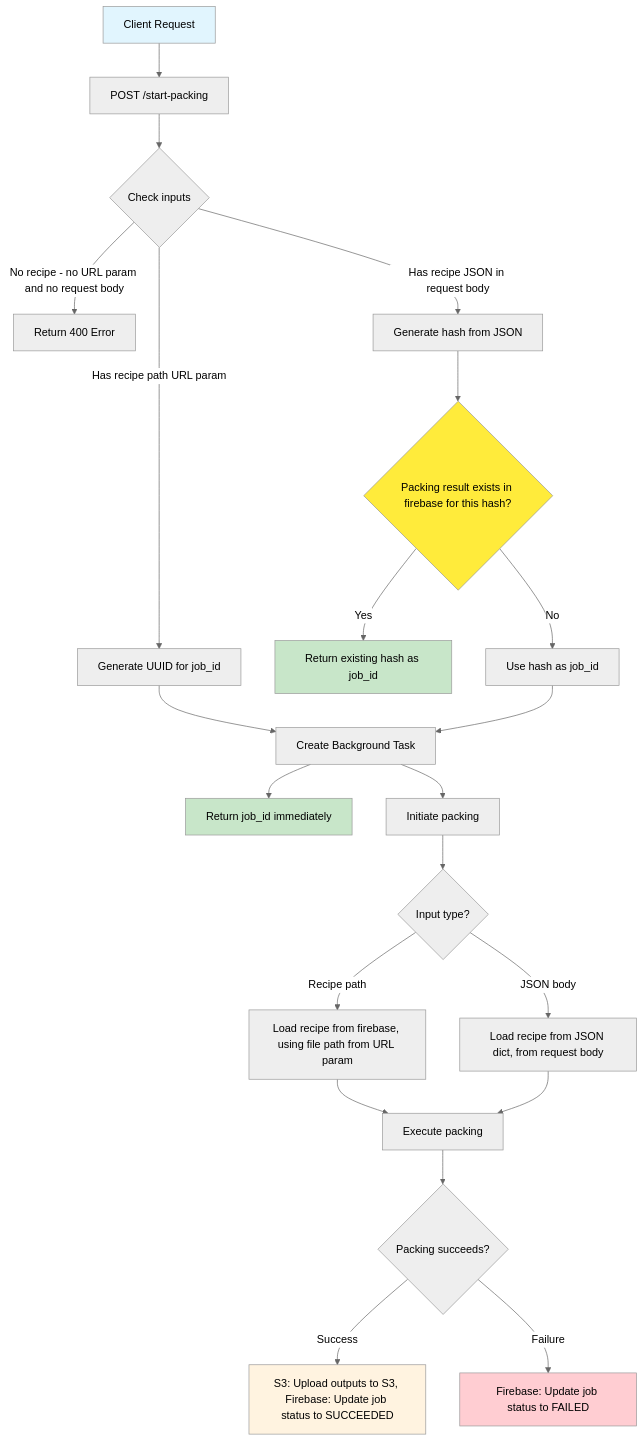
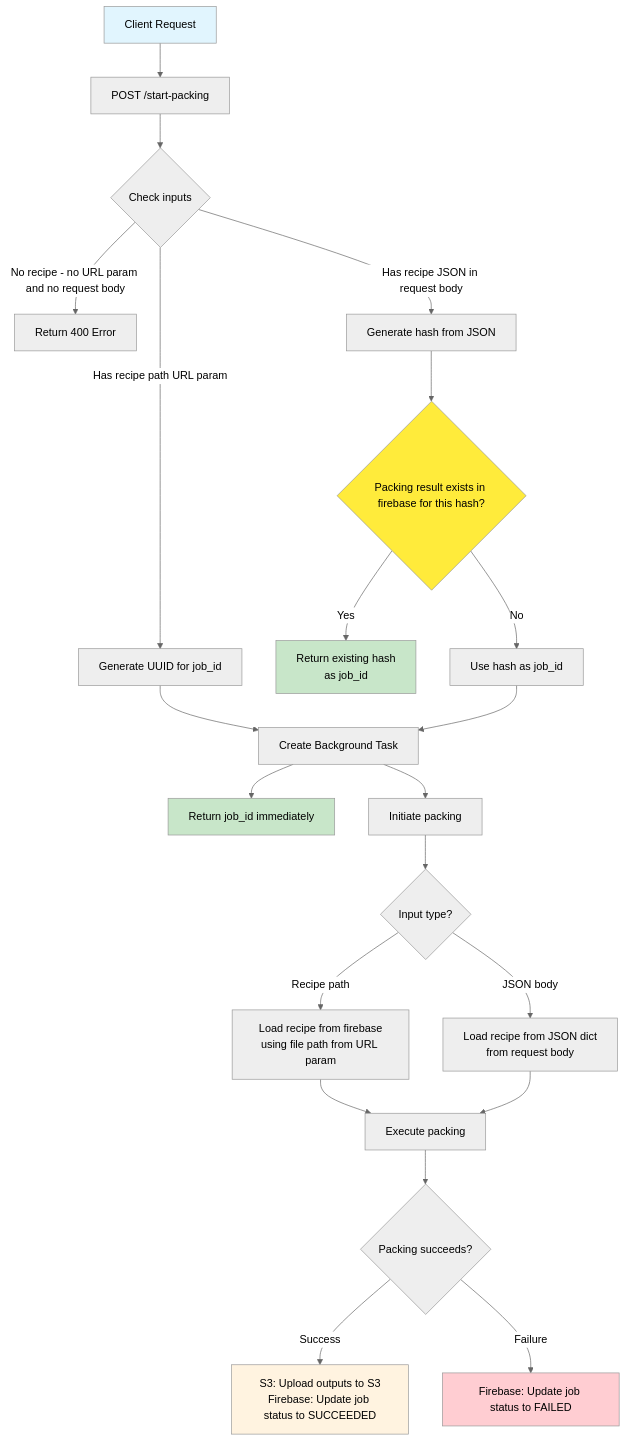
Before and after one commit to mesoscope/cellpack: the second of 2 diagrams in server_workflow_diagram.md, drawn with Mermaid (neutral theme). The commit also changed other lines of this file, not shown here.

Commit message:
add break lines

````diff
--- a/server_workflow_diagram.md
+++ b/server_workflow_diagram.md
@@ -30,30 +30,30 @@
 ```mermaid
 graph TD
     A[Client Request] --> B[POST /start-packing]
     B --> C{Check inputs}
     C -->|No recipe - no URL param and no request body| D[Return 400 Error]
     C -->|Has recipe path URL param| E[Generate UUID for job_id]
     C -->|Has recipe JSON in request body| F[Generate hash from JSON]
     F --> G{Packing result exists in firebase for this hash?}
-    G -->|Yes| H[Return existing hash as job_id]
+    G -->|Yes| H[Return existing hash<br>as job_id]
     G -->|No| I[Use hash as job_id]
     E --> J[Create Background Task]
     I --> J
     J --> K[Return job_id immediately]
     J --> L[Initiate packing]
     L --> M{Input type?}
-    M -->|Recipe path| N[Load recipe from firebase, using file path from URL param]
-    M -->|JSON body| O[Load recipe from JSON dict, from request body]
+    M -->|Recipe path| N[Load recipe from firebase<br>using file path from URL param]
+    M -->|JSON body| O[Load recipe from JSON dict<br>from request body]
     N --> P[Execute packing]
     O --> P
     P --> Q{Packing succeeds?}
-    Q -->|Success| R[S3: Upload outputs to S3, Firebase: Update job status to SUCCEEDED]
+    Q -->|Success| R[S3: Upload outputs to S3<br>Firebase: Update job status to SUCCEEDED]
     Q -->|Failure| S[Firebase: Update job status to FAILED]
     
     style A fill:#e1f5fe
     style K fill:#c8e6c9
     style R fill:#fff3e0
     style S fill:#ffcdd2
     style G fill:#ffeb3b
     style H fill:#c8e6c9
 ```
````
